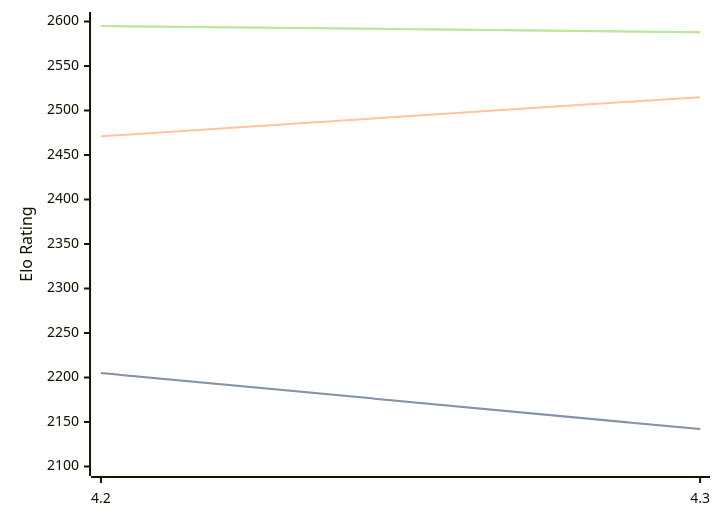
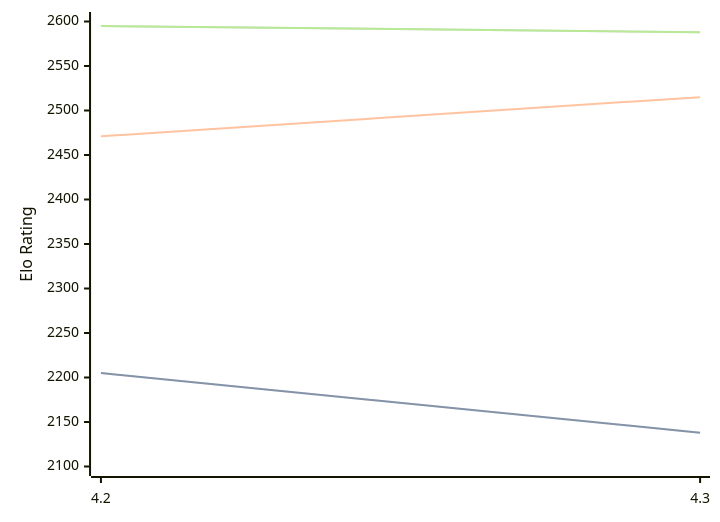
The diagram in engines/Eubos.md (computer-chess-index/cci), drawn with Mermaid before and after one commit. The commit also changed other lines of this file, not shown here.

Commit message:
Update CCI Ratings (ELO VLTC) - 2026-02-13

````diff
--- a/engines/Eubos.md
+++ b/engines/Eubos.md
@@ -85,11 +85,11 @@
 ```mermaid
 %%{init: {"theme":"base","themeVariables":{"seriesColors:['#a3a3a3','#222221','#faa371']}}}%%
 xychart-beta
   x-axis ["4.2", "4.3"]
   y-axis "Elo Rating" 2100 --> 2600
-  line "STC (8.0+0.08s)" [2205, 2142]
-  line "STC (8.0+0.08s)" [2205, 2142]
+  line "STC (8.0+0.08s)" [2205, 2138]
+  line "STC (8.0+0.08s)" [2205, 2138]
   line "LTC (60.0+0.60s)" [2471, 2515]
   line "VLTC (2m24s+1.12s)" [2595, 2588]
   line "VLTC (2m24s+1.12s)" [2595, 2588]
 ```
````
